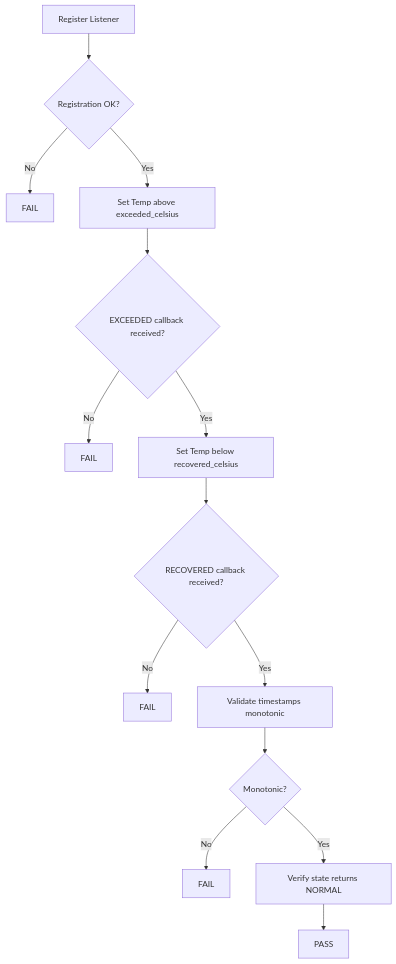
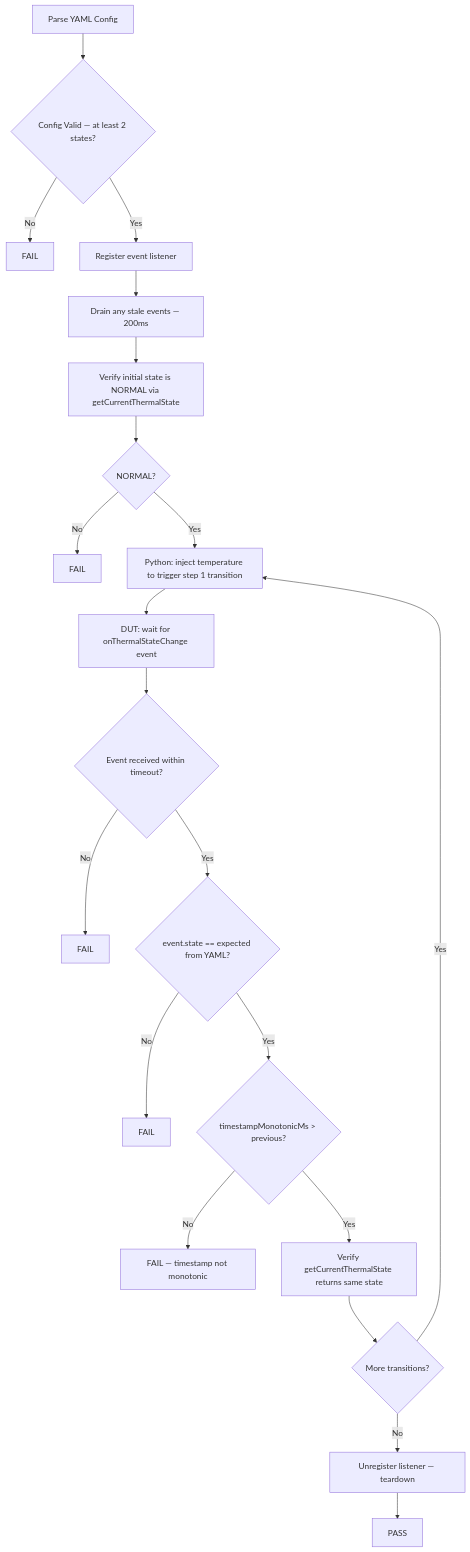
The first of 2 diagrams in docs/pages/thermal_sensor_L3_Low-Level_TestSpecification.md (rdkcentral/rdk-halif-aidl-test-thermal-sensor), drawn with Mermaid before and after one commit. The commit also changed other lines of this file and 3 other files, not shown here.

````diff
--- a/docs/pages/thermal_sensor_L3_Low-Level_TestSpecification.md
+++ b/docs/pages/thermal_sensor_L3_Low-Level_TestSpecification.md
@@ -86,16 +122,23 @@
 ```mermaid
 graph TD
-    A[Register Listener] --> B{Registration OK?}
+    A[Parse YAML Config] --> B{Config Valid — at least 2 states?}
     B -->|No| C[FAIL]
-    B -->|Yes| D[Set Temp above exceeded_celsius]
-    D --> E{EXCEEDED callback received?}
-    E -->|No| F[FAIL]
-    E -->|Yes| G[Set Temp below recovered_celsius]
-    G --> H{RECOVERED callback received?}
-    H -->|No| I[FAIL]
-    H -->|Yes| J[Validate timestamps monotonic]
-    J --> K{Monotonic?}
+    B -->|Yes| D[Register event listener]
+    D --> E[Drain any stale events — 200ms]
+    E --> F[Verify initial state is NORMAL via getCurrentThermalState]
+    F --> G{NORMAL?}
+    G -->|No| H[FAIL]
+    G -->|Yes| I[Python: inject temperature to trigger step 1 transition]
+    I --> J[DUT: wait for onThermalStateChange event]
+    J --> K{Event received within timeout?}
     K -->|No| L[FAIL]
-    K -->|Yes| M[Verify state returns NORMAL]
-    M --> N[PASS]
+    K -->|Yes| M{event.state == expected from YAML?}
+    M -->|No| N[FAIL]
+    M -->|Yes| O{timestampMonotonicMs > previous?}
+    O -->|No| P[FAIL — timestamp not monotonic]
+    O -->|Yes| Q[Verify getCurrentThermalState returns same state]
+    Q --> R{More transitions?}
+    R -->|Yes| I
+    R -->|No| S[Unregister listener — teardown]
+    S --> T[PASS]
 ```
````
